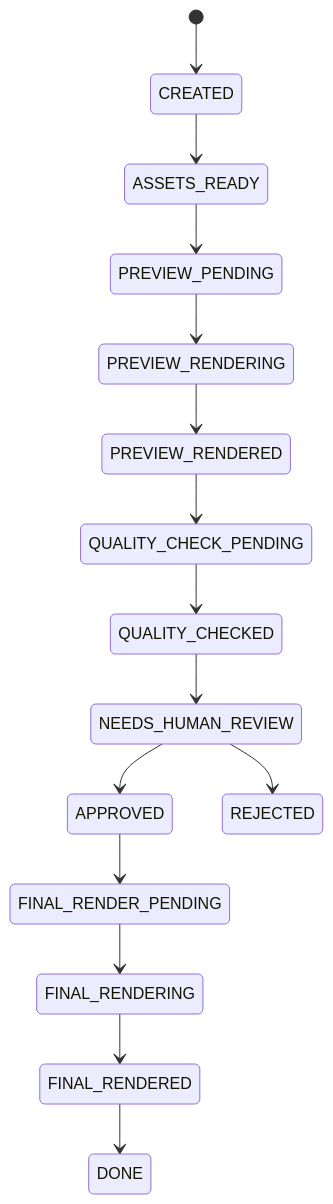
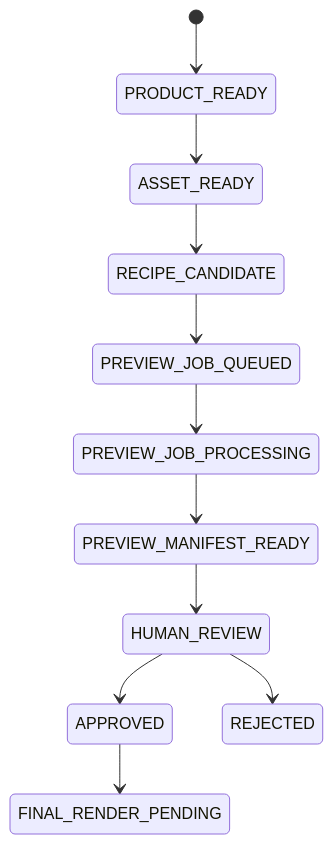
One commit to idev006/MTClipFactory changed the fifth of 5 diagrams in doc/10_UML_System_Overview.md. Above: the diagram before and after it, drawn with Mermaid. The commit also changed other lines of this file and 43 other files, not shown here.

````diff
--- a/doc/10_UML_System_Overview.md
+++ b/doc/10_UML_System_Overview.md
@@ -338,17 +217,13 @@
 ```mermaid
 stateDiagram-v2
-    [*] --> CREATED
-    CREATED --> ASSETS_READY
-    ASSETS_READY --> PREVIEW_PENDING
-    PREVIEW_PENDING --> PREVIEW_RENDERING
-    PREVIEW_RENDERING --> PREVIEW_RENDERED
-    PREVIEW_RENDERED --> QUALITY_CHECK_PENDING
-    QUALITY_CHECK_PENDING --> QUALITY_CHECKED
-    QUALITY_CHECKED --> NEEDS_HUMAN_REVIEW
-    NEEDS_HUMAN_REVIEW --> APPROVED
-    NEEDS_HUMAN_REVIEW --> REJECTED
+    [*] --> PRODUCT_READY
+    PRODUCT_READY --> ASSET_READY
+    ASSET_READY --> RECIPE_CANDIDATE
+    RECIPE_CANDIDATE --> PREVIEW_JOB_QUEUED
+    PREVIEW_JOB_QUEUED --> PREVIEW_JOB_PROCESSING
+    PREVIEW_JOB_PROCESSING --> PREVIEW_MANIFEST_READY
+    PREVIEW_MANIFEST_READY --> HUMAN_REVIEW
+    HUMAN_REVIEW --> APPROVED
+    HUMAN_REVIEW --> REJECTED
     APPROVED --> FINAL_RENDER_PENDING
-    FINAL_RENDER_PENDING --> FINAL_RENDERING
-    FINAL_RENDERING --> FINAL_RENDERED
-    FINAL_RENDERED --> DONE
 ```
````
